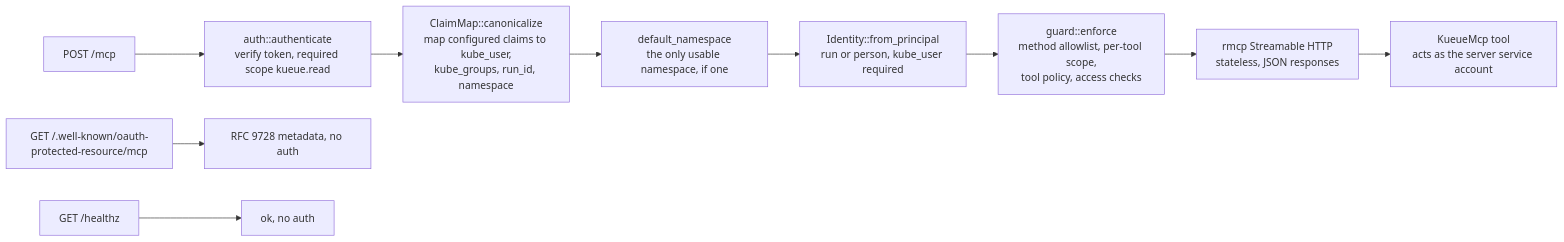
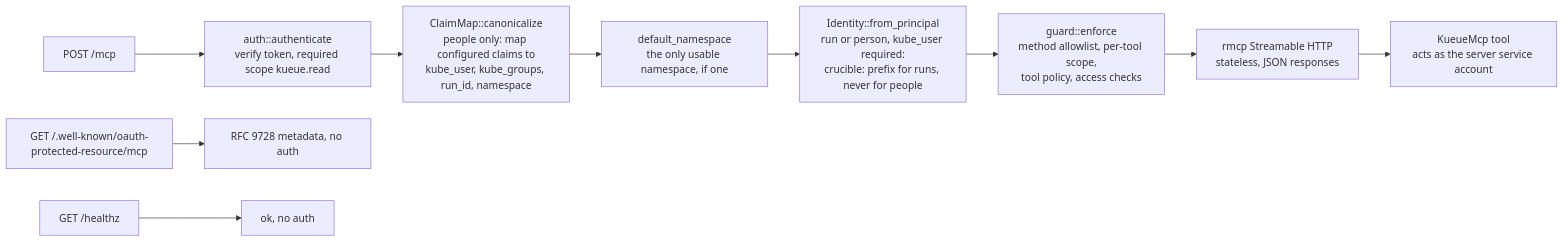
One commit to neuralmagic/crucible changed the ninth of 12 diagrams in docs/agent-mcp-architecture.md. Above: the diagram before and after it, drawn with Mermaid. The commit also changed other lines of this file and 1 other file, not shown here.

Commit message:
Update the run identity diagrams

````diff
--- a/docs/agent-mcp-architecture.md
+++ b/docs/agent-mcp-architecture.md
@@ -1280,12 +1282,12 @@
 ```mermaid
 flowchart LR
     REQ["POST /mcp"] --> AUTH["auth::authenticate<br/>verify token, required scope kueue.read"]
-    AUTH --> CAN["ClaimMap::canonicalize<br/>map configured claims to kube_user,<br/>kube_groups, run_id, namespace"]
+    AUTH --> CAN["ClaimMap::canonicalize<br/>people only: map configured claims to<br/>kube_user, kube_groups, run_id, namespace"]
     CAN --> DNS["default_namespace<br/>the only usable namespace, if one"]
-    DNS --> ID["Identity::from_principal<br/>run or person, kube_user required"]
+    DNS --> ID["Identity::from_principal<br/>run or person, kube_user required:<br/>crucible: prefix for runs, never for people"]
     ID --> GUARD["guard::enforce<br/>method allowlist, per-tool scope,<br/>tool policy, access checks"]
     GUARD --> RMCP["rmcp Streamable HTTP<br/>stateless, JSON responses"]
     RMCP --> TOOL["KueueMcp tool<br/>acts as the server service account"]
     META["GET /.well-known/oauth-protected-resource/mcp"] --> MD["RFC 9728 metadata, no auth"]
     HZ["GET /healthz"] --> OK["ok, no auth"]
 ```
````
